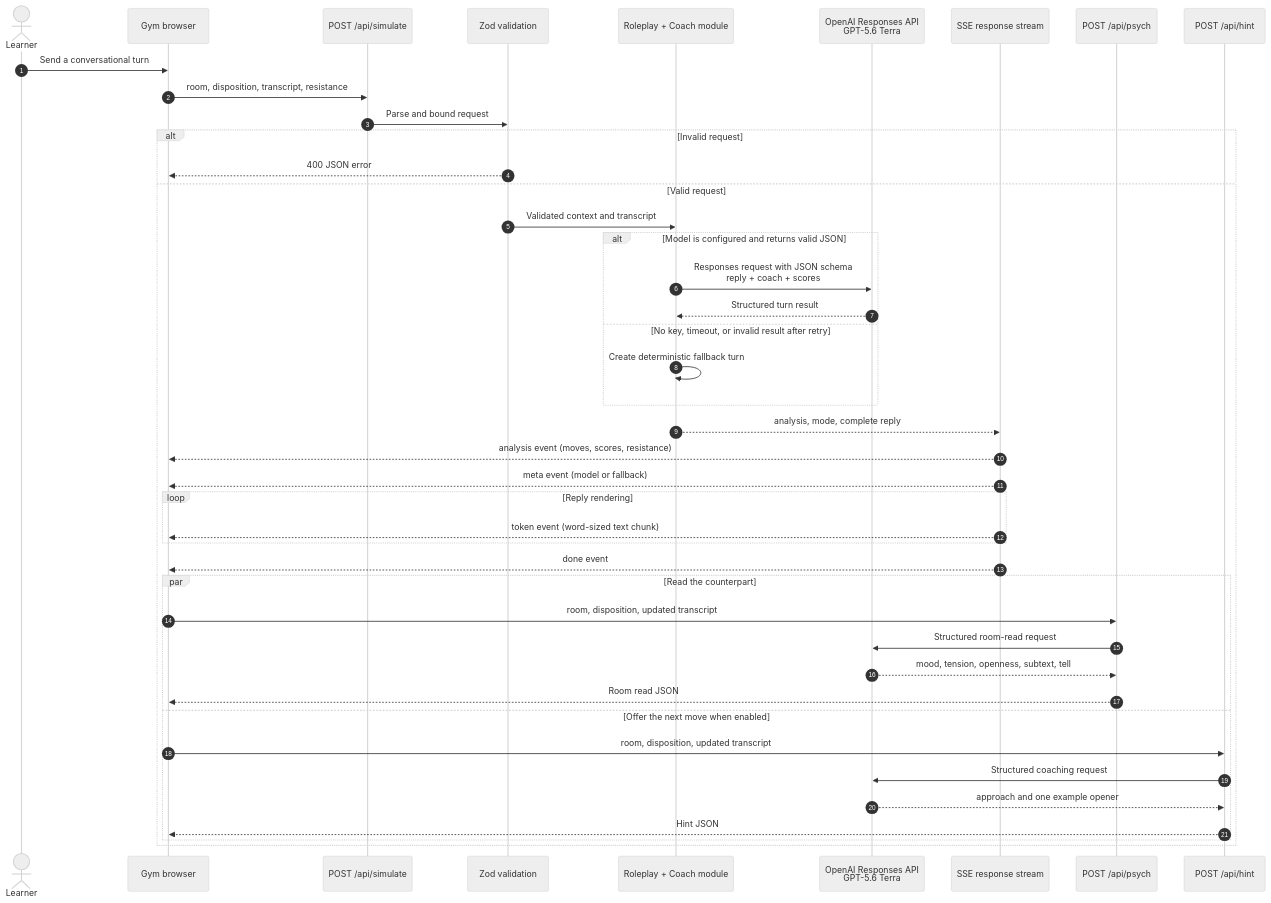
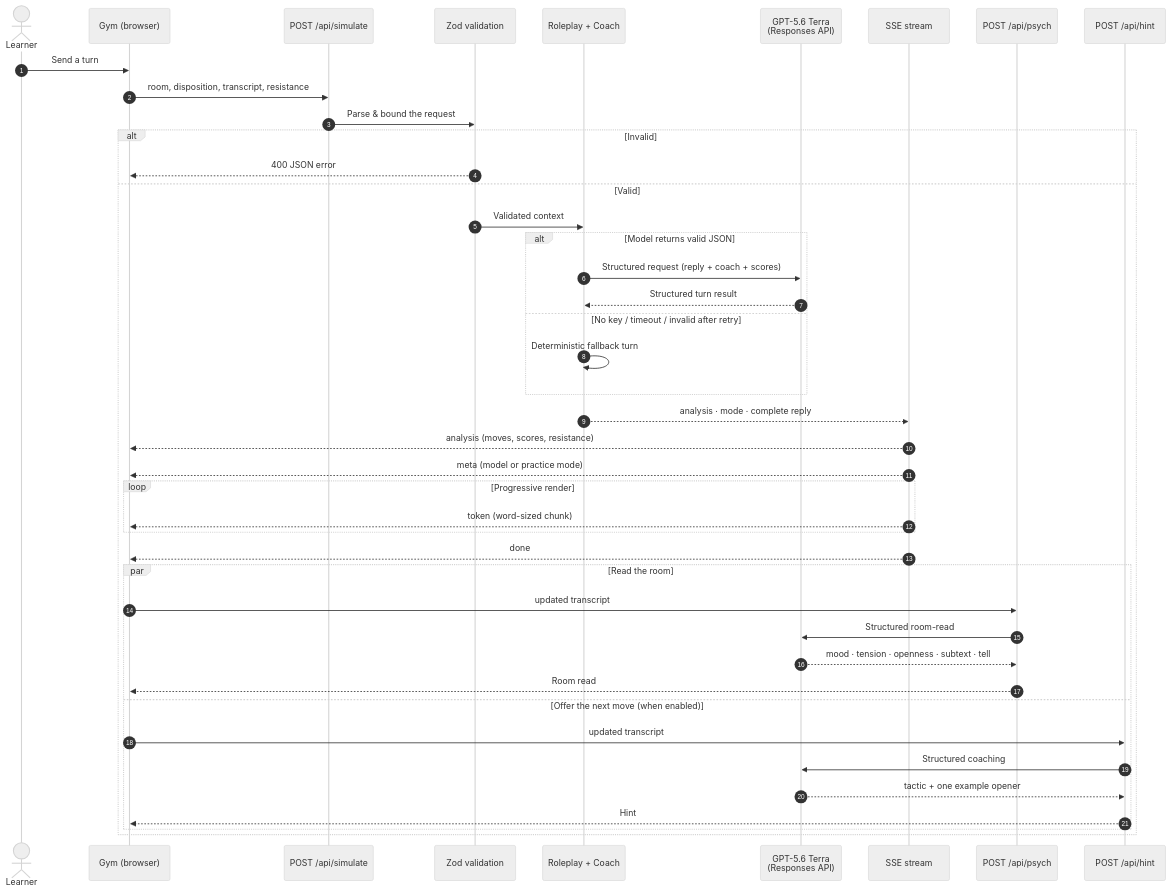
One commit to krrishrastogi05/IRL_Gym_ changed the second of 2 diagrams in README.md. Above: the diagram before and after it, drawn with Mermaid (neutral theme). The commit also changed other lines of this file, not shown here.

````diff
--- a/README.md
+++ b/README.md
@@ -91,46 +108,46 @@
 ```mermaid
 sequenceDiagram
     autonumber
     actor Learner
-    participant UI as Gym browser
+    participant UI as Gym (browser)
     participant Route as POST /api/simulate
     participant Guard as Zod validation
-    participant Roleplay as Roleplay + Coach module
-    participant LLM as OpenAI Responses API<br/>GPT-5.6 Terra
-    participant SSE as SSE response stream
+    participant Roleplay as Roleplay + Coach
+    participant LLM as GPT-5.6 Terra<br/>(Responses API)
+    participant SSE as SSE stream
     participant Read as POST /api/psych
     participant Hint as POST /api/hint
 
-    Learner->>UI: Send a conversational turn
+    Learner->>UI: Send a turn
     UI->>Route: room, disposition, transcript, resistance
-    Route->>Guard: Parse and bound request
-    alt Invalid request
+    Route->>Guard: Parse & bound the request
+    alt Invalid
         Guard-->>UI: 400 JSON error
-    else Valid request
-        Guard->>Roleplay: Validated context and transcript
-        alt Model is configured and returns valid JSON
-            Roleplay->>LLM: Responses request with JSON schema<br/>reply + coach + scores
+    else Valid
+        Guard->>Roleplay: Validated context
+        alt Model returns valid JSON
+            Roleplay->>LLM: Structured request (reply + coach + scores)
             LLM-->>Roleplay: Structured turn result
-        else No key, timeout, or invalid result after retry
-            Roleplay->>Roleplay: Create deterministic fallback turn
+        else No key / timeout / invalid after retry
+            Roleplay->>Roleplay: Deterministic fallback turn
         end
-        Roleplay-->>SSE: analysis, mode, complete reply
-        SSE-->>UI: analysis event (moves, scores, resistance)
-        SSE-->>UI: meta event (model or fallback)
-        loop Reply rendering
-            SSE-->>UI: token event (word-sized text chunk)
+        Roleplay-->>SSE: analysis · mode · complete reply
+        SSE-->>UI: analysis (moves, scores, resistance)
+        SSE-->>UI: meta (model or practice mode)
+        loop Progressive render
+            SSE-->>UI: token (word-sized chunk)
         end
-        SSE-->>UI: done event
-        par Read the counterpart
-            UI->>Read: room, disposition, updated transcript
-            Read->>LLM: Structured room-read request
-            LLM-->>Read: mood, tension, openness, subtext, tell
-            Read-->>UI: Room read JSON
-        and Offer the next move when enabled
-            UI->>Hint: room, disposition, updated transcript
-            Hint->>LLM: Structured coaching request
-            LLM-->>Hint: approach and one example opener
-            Hint-->>UI: Hint JSON
+        SSE-->>UI: done
+        par Read the room
+            UI->>Read: updated transcript
+            Read->>LLM: Structured room-read
+            LLM-->>Read: mood · tension · openness · subtext · tell
+            Read-->>UI: Room read
+        and Offer the next move (when enabled)
+            UI->>Hint: updated transcript
+            Hint->>LLM: Structured coaching
+            LLM-->>Hint: tactic + one example opener
+            Hint-->>UI: Hint
         end
     end
 ```
````
